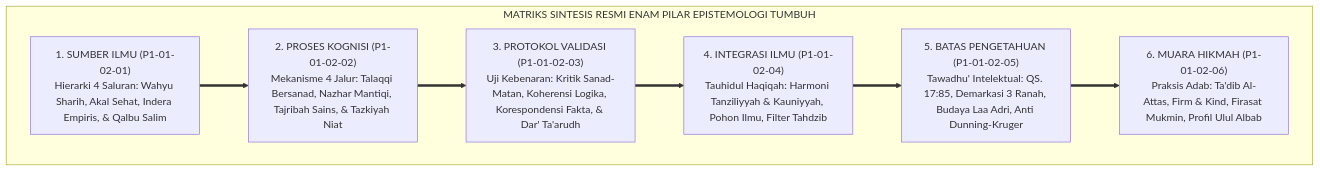
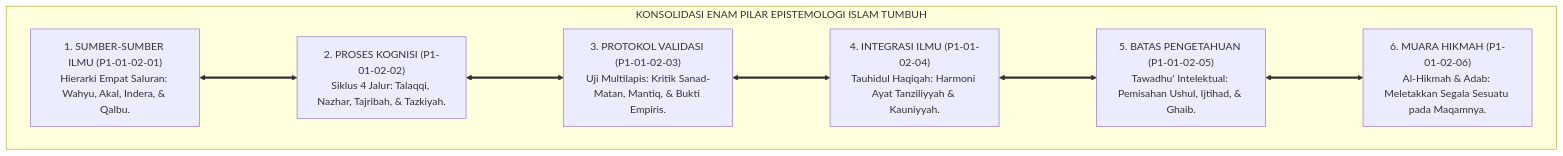
One commit to wandiapriliyandi/tumbuh changed the second of 4 diagrams in 01 Philosophy/01 Worldview/02 Epistemologi TUMBUH/P1-01-02-07-Sintesis-Epistemologi-dan-Kritik-Internal.md. Above: the diagram before and after it, drawn with Mermaid. The commit also changed other lines of this file and 9 other files, not shown here.

Commit message:
docs(epistemology & human-nature): reconstruct all 02 Epistemologi TUMBUH, master P1-01 Worldview, and P1-02-01 Hakikat Fitrah to pure academic monograph standard

````diff
--- a/01 Philosophy/01 Worldview/02 Epistemologi TUMBUH/P1-01-02-07-Sintesis-Epistemologi-dan-Kritik-Internal.md
+++ b/01 Philosophy/01 Worldview/02 Epistemologi TUMBUH/P1-01-02-07-Sintesis-Epistemologi-dan-Kritik-Internal.md
@@ -354,13 +116,19 @@
 ```mermaid
-graph TD
-    subgraph SintesisKluster02["MATRIKS SINTESIS RESMI ENAM PILAR EPISTEMOLOGI TUMBUH"]
-        P1["1. SUMBER ILMU (P1-01-02-01)<br/>Hierarki 4 Saluran: Wahyu Sharih, Akal Sehat, Indera Empiris, & Qalbu Salim"]
-        P2["2. PROSES KOGNISI (P1-01-02-02)<br/>Mekanisme 4 Jalur: Talaqqi Bersanad, Nazhar Mantiqi, Tajribah Sains, & Tazkiyah Niat"]
-        P3["3. PROTOKOL VALIDASI (P1-01-02-03)<br/>Uji Kebenaran: Kritik Sanad-Matan, Koherensi Logika, Korespondensi Fakta, & Dar' Ta'arudh"]
-        P4["4. INTEGRASI ILMU (P1-01-02-04)<br/>Tauhidul Haqiqah: Harmoni Tanziliyyah & Kauniyyah, Pohon Ilmu, Filter Tahdzib"]
-        P5["5. BATAS PENGETAHUAN (P1-01-02-05)<br/>Tawadhu' Intelektual: QS. 17:85, Demarkasi 3 Ranah, Budaya Laa Adri, Anti Dunning-Kruger"]
-        P6["6. MUARA HIKMAH (P1-01-02-06)<br/>Praksis Adab: Ta'dib Al-Attas, Firm & Kind, Firasat Mukmin, Profil Ulul Albab"]
+flowchart TD
+    subgraph EnamPilarEpistemologiTUMBUH["KONSOLIDASI ENAM PILAR EPISTEMOLOGI ISLAM TUMBUH"]
         
-        P1 ==> P2 ==> P3 ==> P4 ==> P5 ==> P6
+        P1["1. SUMBER-SUMBER ILMU (P1-01-02-01)<br/>Hierarki Empat Saluran: Wahyu, Akal, Indera, & Qalbu."]
+        
+        P2["2. PROSES KOGNISI (P1-01-02-02)<br/>Siklus 4 Jalur: Talaqqi, Nazhar, Tajribah, & Tazkiyah."]
+        
+        P3["3. PROTOKOL VALIDASI (P1-01-02-03)<br/>Uji Multilapis: Kritik Sanad-Matan, Mantiq, & Bukti Empiris."]
+        
+        P4["4. INTEGRASI ILMU (P1-01-02-04)<br/>Tauhidul Haqiqah: Harmoni Ayat Tanziliyyah & Kauniyyah."]
+        
+        P5["5. BATAS PENGETAHUAN (P1-01-02-05)<br/>Tawadhu' Intelektual: Pemisahan Ushul, Ijtihad, & Ghaib."]
+        
+        P6["6. MUARA HIKMAH (P1-01-02-06)<br/>Al-Hikmah & Adab: Meletakkan Segala Sesuatu pada Maqamnya."]
+        
+        P1 <===> P2 <===> P3 <===> P4 <===> P5 <===> P6
     end
 ```
````
